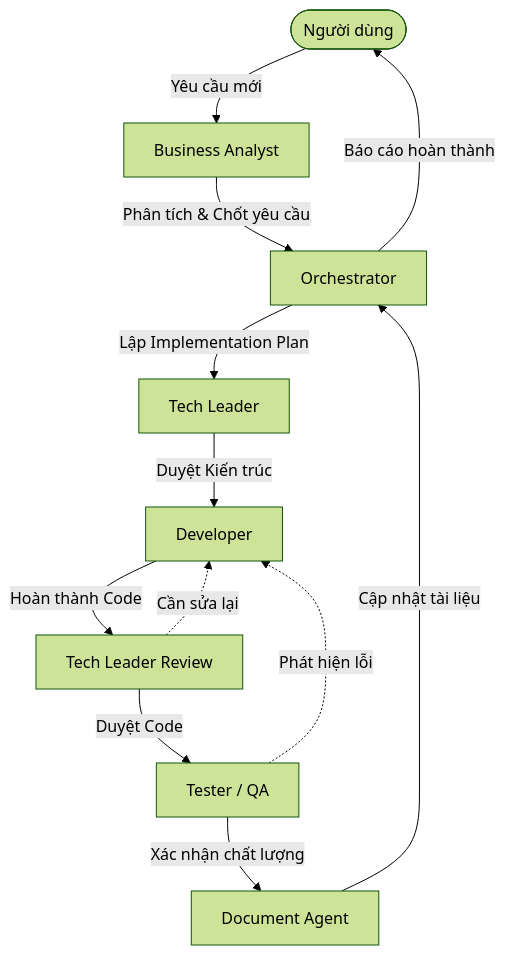
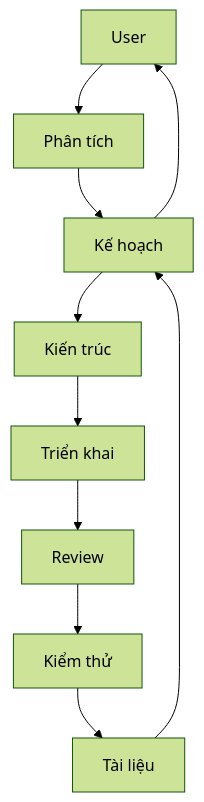
The diagram in README.md (songoku14/antigravity-auto-click), drawn with Mermaid (forest theme) before and after one commit. The commit also changed other lines of this file and 13 other files, not shown here.

````diff
--- a/README.md
+++ b/README.md
@@ -66,14 +38,7 @@
 ```mermaid
 graph TD
-    User([Người dùng]) -->|Yêu cầu mới| BA[Business Analyst]
-    BA -->|Phân tích & Chốt yêu cầu| ORCH[Orchestrator]
-    ORCH -->|Lập Implementation Plan| TL[Tech Leader]
-    TL -->|Duyệt Kiến trúc| DEV[Developer]
-    DEV -->|Hoàn thành Code| TL_REV[Tech Leader Review]
-    TL_REV -->|Duyệt Code| QA[Tester / QA]
-    TL_REV -.->|Cần sửa lại| DEV
-    QA -.->|Phát hiện lỗi| DEV
-    QA -->|Xác nhận chất lượng| DOCS[Document Agent]
-    DOCS -->|Cập nhật tài liệu| ORCH
-    ORCH -->|Báo cáo hoàn thành| User
+    User --> BA[Phân tích] --> ORCH[Kế hoạch]
+    ORCH --> TL[Kiến trúc] --> DEV[Triển khai]
+    DEV --> TL_REV[Review] --> QA[Kiểm thử]
+    QA --> DOCS[Tài liệu] --> ORCH --> User
 ```
````
